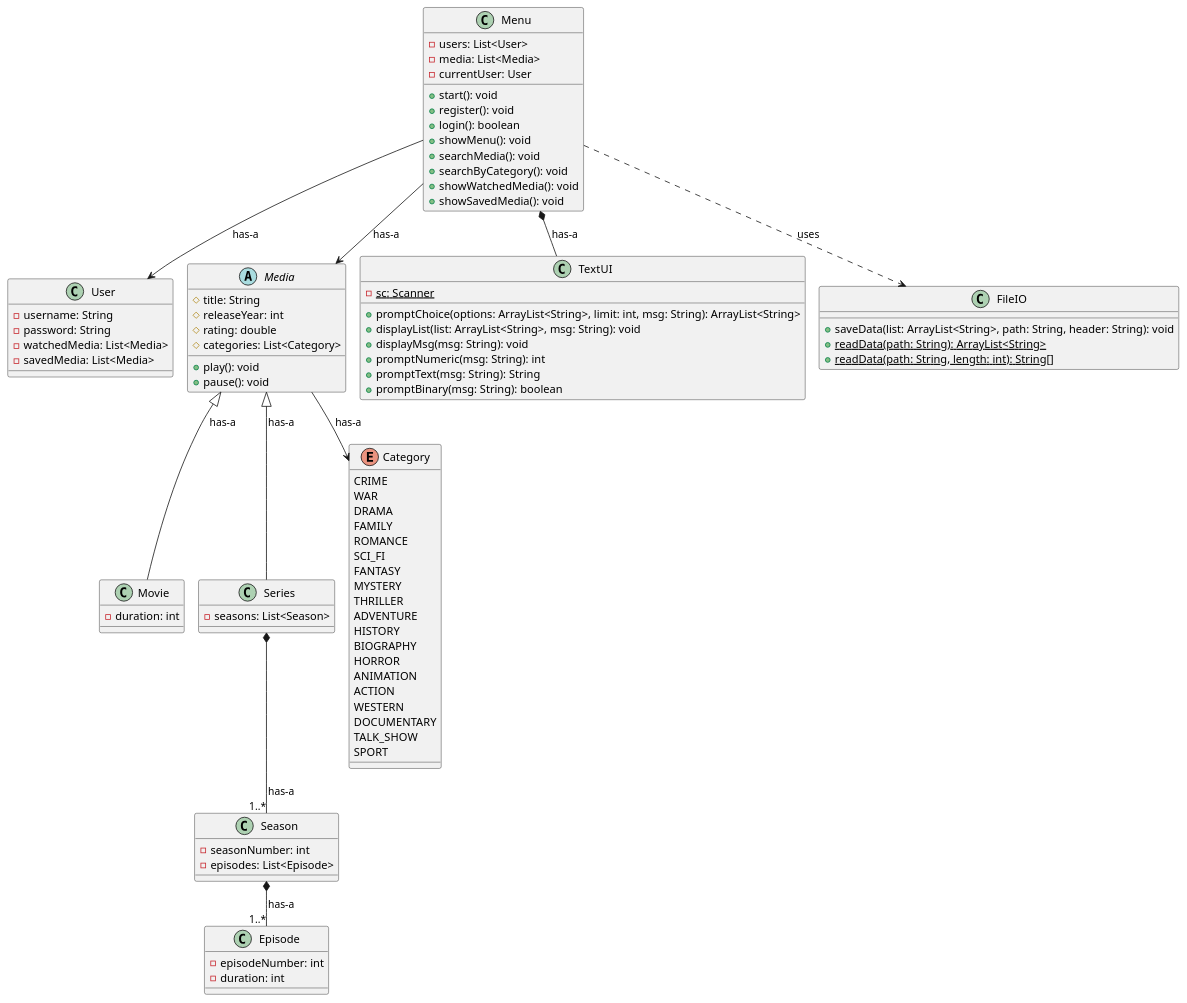
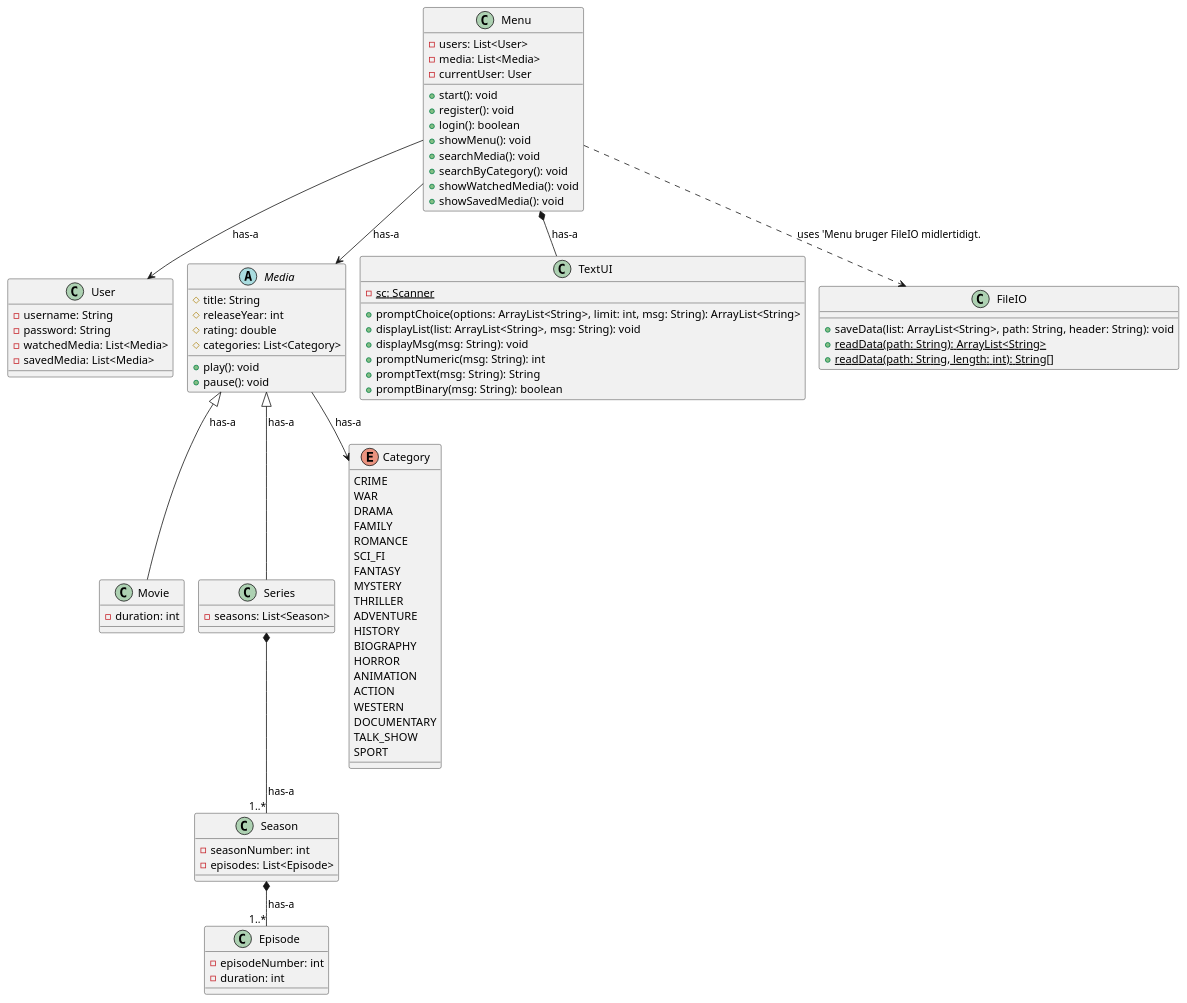
Before and after one commit to daud0095/DAT-1.-semester---SP3-en-streamingtjeneste: the diagram in doc/static/Klassediagram3.puml, drawn with PlantUML. The commit also changed 1 other file, not shown here.

```diff
--- a/doc/static/Klassediagram3.puml
+++ b/doc/static/Klassediagram3.puml
@@ -1,107 +1,107 @@
 @startuml
 !pragma layout smetana
 
 class User {
   - username: String
   - password: String
   - watchedMedia: List<Media>
   - savedMedia: List<Media>
 }
 
 abstract class Media {
   # title: String
   # releaseYear: int
   # rating: double
   # categories: List<Category>
   + play(): void
   + pause(): void
 }
 
 class Movie {
   - duration: int
 }
 
 class Series {
   - seasons: List<Season>
 }
 
 class Season {
   - seasonNumber: int
   - episodes: List<Episode>
 }
 
 class Episode {
   - episodeNumber: int
   - duration: int
 }
 
 enum Category {
   CRIME
   WAR
   DRAMA
   FAMILY
   ROMANCE
   SCI_FI
   FANTASY
   MYSTERY
   THRILLER
   ADVENTURE
   HISTORY
   BIOGRAPHY
   HORROR
   ANIMATION
   ACTION
   WESTERN
   DOCUMENTARY
   TALK_SHOW
   SPORT
 }
 
 class Menu {
   - users: List<User>
   - media: List<Media>
   - currentUser: User
   + start(): void
   + register(): void
   + login(): boolean
   + showMenu(): void
   + searchMedia(): void
   + searchByCategory(): void
   + showWatchedMedia(): void
   + showSavedMedia(): void
 }
 
 class TextUI {
   - sc: Scanner {static}
   + promptChoice(options: ArrayList<String>, limit: int, msg: String): ArrayList<String>
   + displayList(list: ArrayList<String>, msg: String): void
   + displayMsg(msg: String): void
   + promptNumeric(msg: String): int
   + promptText(msg: String): String
   + promptBinary(msg: String): boolean
 }
 
 class FileIO {
   + saveData(list: ArrayList<String>, path: String, header: String): void
   + readData(path: String): ArrayList<String> {static}
   + readData(path: String, length: int): String[] {static}
 }
 
 ' Arv
 Media <|-- Movie : has-a
 Media <|-- Series : has-a
 
 ' Komposition
 Menu *-- TextUI : has-a
 Series *-- "1..*" Season : has-a
 Season *-- "1..*" Episode : has-a
 
 ' Association
 Menu --> User : has-a
 Menu --> Media : has-a
 Media --> Category : has-a
 
 ' Dependency
-Menu ..> FileIO : uses
+Menu ..> FileIO : uses 'Menu bruger FileIO midlertidigt.
 
 @enduml
```
